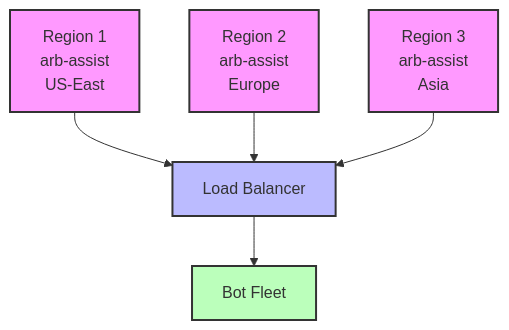
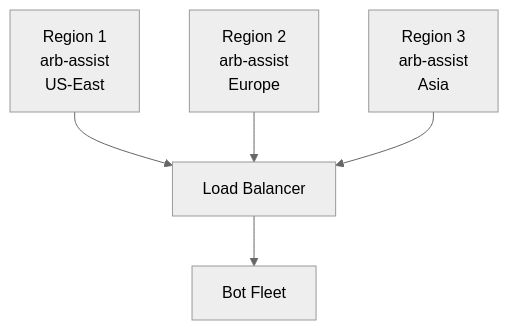
One commit to capicua4454/arb-assist changed the diagram in docs/advanced-features/performance.md. Above: the diagram before and after it, drawn with Mermaid. The commit also changed 2 other files, not shown here.

Commit message:
Use neutral theme for Mermaid diagrams
- Added %%{init: {'theme':'neutral'}}%% to all Mermaid diagrams
- Removed custom color styling that might conflict with themes
- The neutral theme adapts automatically to light/dark mode in GitBook

````diff
--- a/docs/advanced-features/performance.md
+++ b/docs/advanced-features/performance.md
@@ -387,19 +387,14 @@
 ```mermaid
+%%{init: {'theme':'neutral'}}%%
 graph TD
     R1[Region 1<br/>arb-assist<br/>US-East]
     R2[Region 2<br/>arb-assist<br/>Europe]
     R3[Region 3<br/>arb-assist<br/>Asia]
     LB[Load Balancer]
     BF[Bot Fleet]
     
     R1 --> LB
     R2 --> LB
     R3 --> LB
     LB --> BF
-    
-    style R1 fill:#f9f,stroke:#333,stroke-width:2px
-    style R2 fill:#f9f,stroke:#333,stroke-width:2px
-    style R3 fill:#f9f,stroke:#333,stroke-width:2px
-    style LB fill:#bbf,stroke:#333,stroke-width:2px
-    style BF fill:#bfb,stroke:#333,stroke-width:2px
 ```
````
